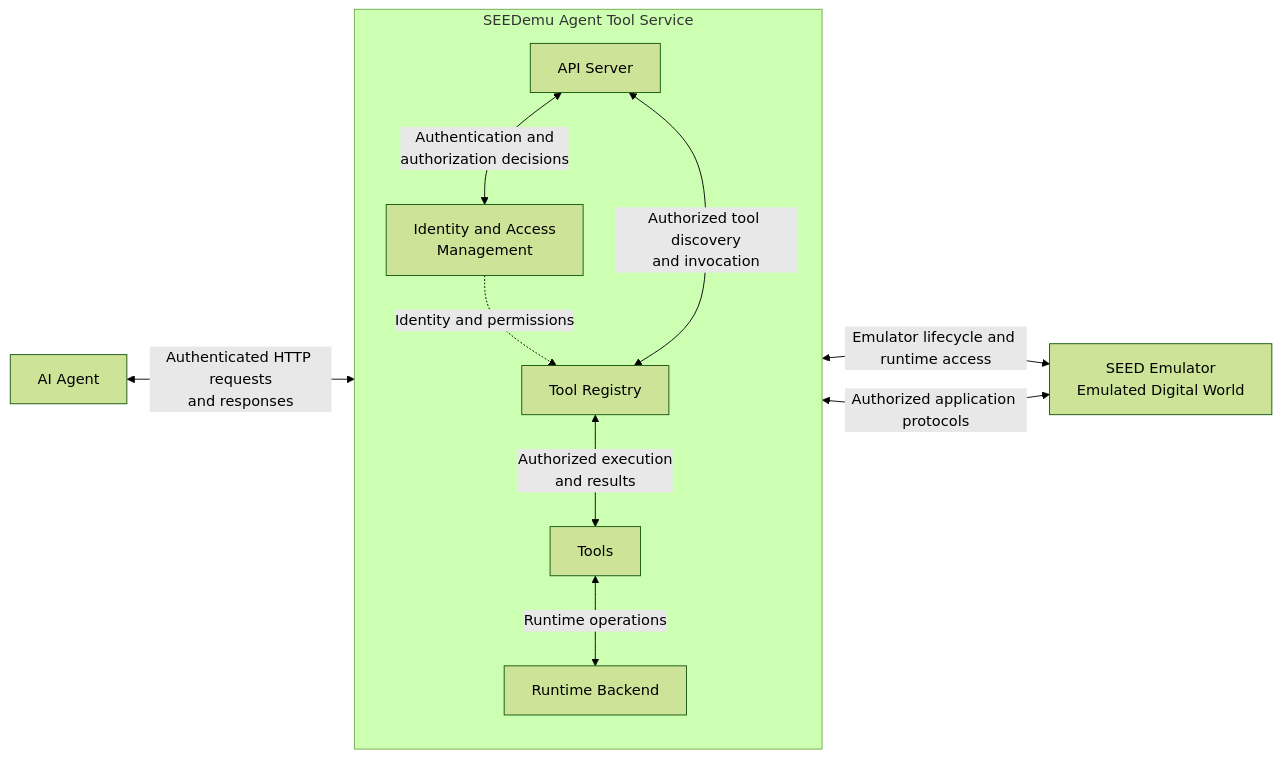
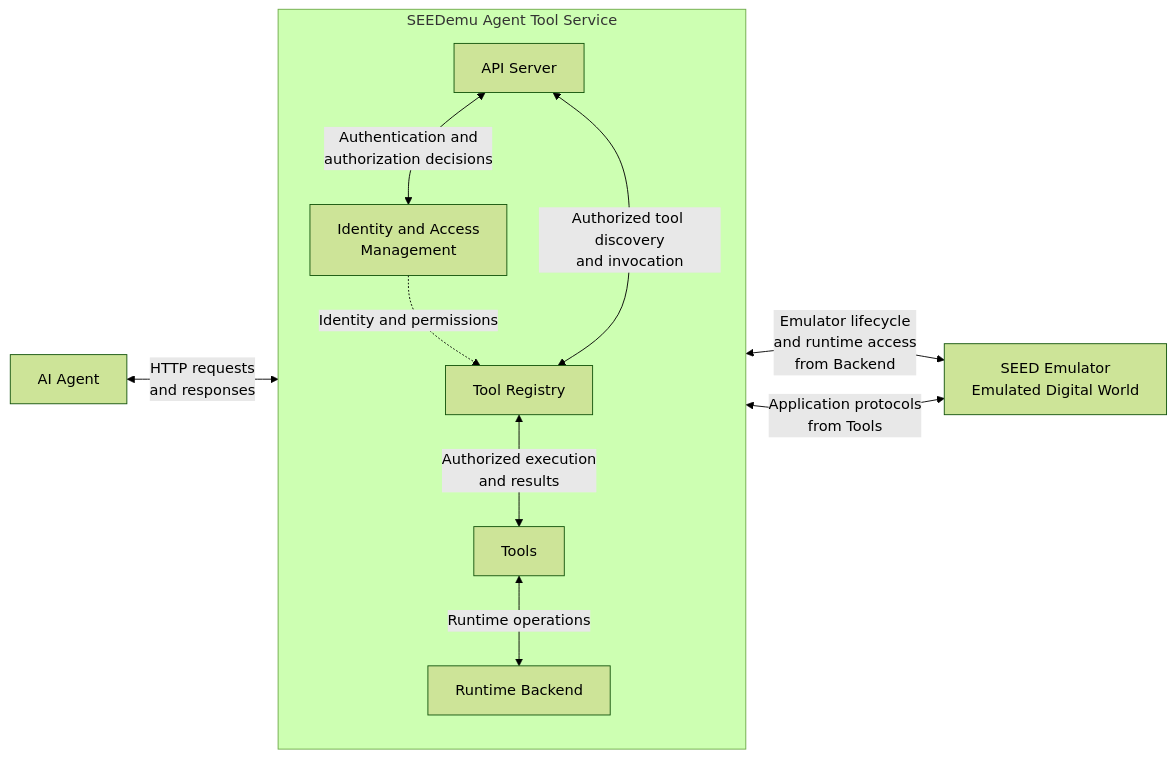
The diagram in docs/tool-service/design.md (hhy123415/seedemu-agent-tools), drawn with Mermaid (forest theme) before and after one commit.

````diff
--- a/docs/tool-service/design.md
+++ b/docs/tool-service/design.md
@@ -11,25 +11,25 @@
 ```mermaid
 flowchart LR
     Agent[AI Agent]
 
     subgraph Host["SEEDemu Agent Tool Service "]
         direction TB
 
         API[API Server]
         IAM[Identity and Access<br/>Management]
         Registry[Tool Registry]
         Tools[Tools]
         Backend[Runtime Backend]
 
         API <-->|Authentication and<br/>authorization decisions| IAM
         IAM -.->|Identity and permissions| Registry
         API <-->|Authorized tool discovery<br/>and invocation| Registry
         Registry <-->|Authorized execution<br/>and results| Tools
         Tools <-->|Runtime operations| Backend
     end
     Emulator[SEED Emulator<br/>Emulated Digital World]
 
-    Agent <-->|Authenticated HTTP requests<br/>and responses| API
-    Backend <-->|Emulator lifecycle and runtime access| Emulator
-    Tools <-->|Authorized application protocols| Emulator
+    Agent <-->|HTTP requests<br/>and responses| API
+    Backend <-->|Emulator lifecycle<br/> and runtime access<br/>from Backend| Emulator
+    Tools <-->|Application protocols<br/>from Tools| Emulator
 ```
````
